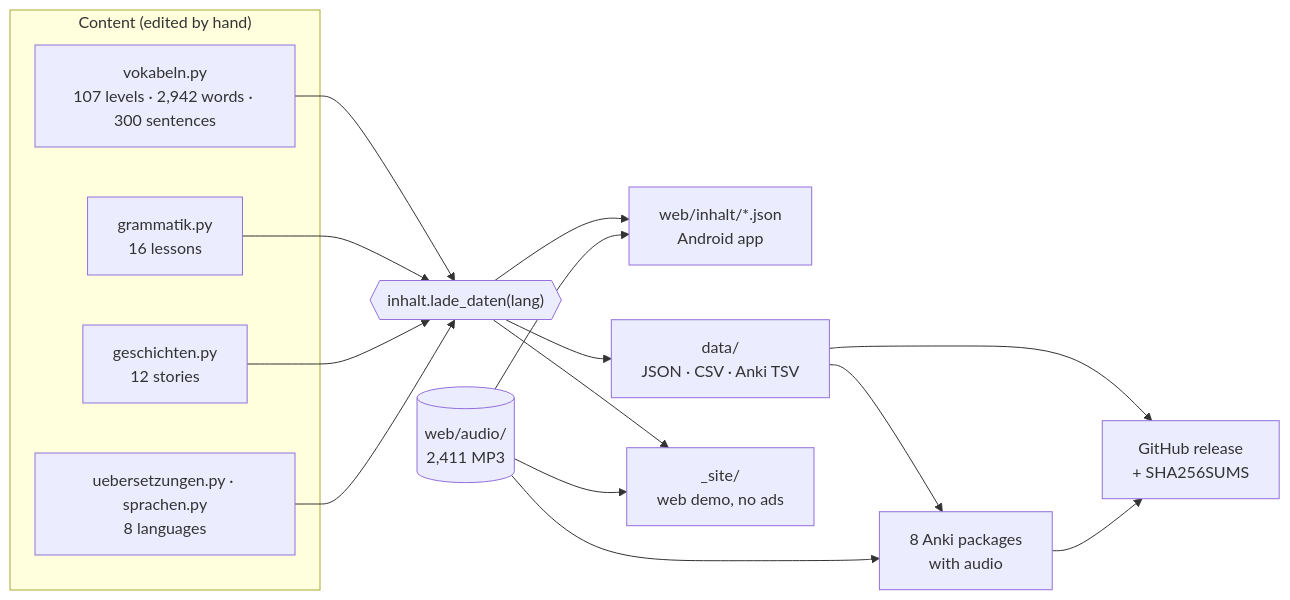
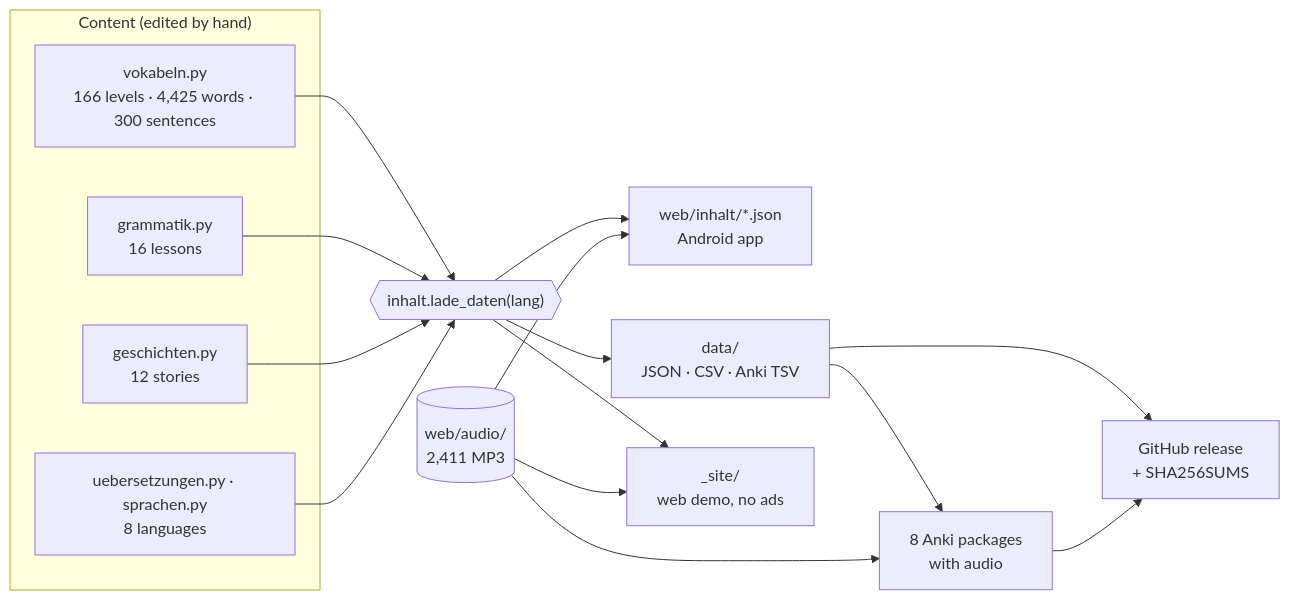
The first of 2 diagrams in README.md (zmaj-lernapp/zmaj), drawn with Mermaid before and after one commit. The commit also changed other lines of this file and 65 other files, not shown here.

````diff
--- a/README.md
+++ b/README.md
@@ -129,19 +129,19 @@
 ```mermaid
 flowchart LR
   subgraph src["Content (edited by hand)"]
-    V["vokabeln.py<br/>107 levels · 2,942 words · 300 sentences"]
+    V["vokabeln.py<br/>166 levels · 4,425 words · 300 sentences"]
     G["grammatik.py<br/>16 lessons"]
     S["geschichten.py<br/>12 stories"]
     U["uebersetzungen.py · sprachen.py<br/>8 languages"]
   end
   L{{"inhalt.lade_daten(lang)"}}
   V & G & S & U --> L
   A[("web/audio/<br/>2,411 MP3")]
   L --> APP["web/inhalt/*.json<br/>Android app"]
   L --> DS["data/<br/>JSON · CSV · Anki TSV"]
   L --> DEMO["_site/<br/>web demo, no ads"]
   DS --> ANKI["8 Anki packages<br/>with audio"]
   A --> APP & DEMO & ANKI
   DS --> REL["GitHub release<br/>+ SHA256SUMS"]
   ANKI --> REL
 ```
````
